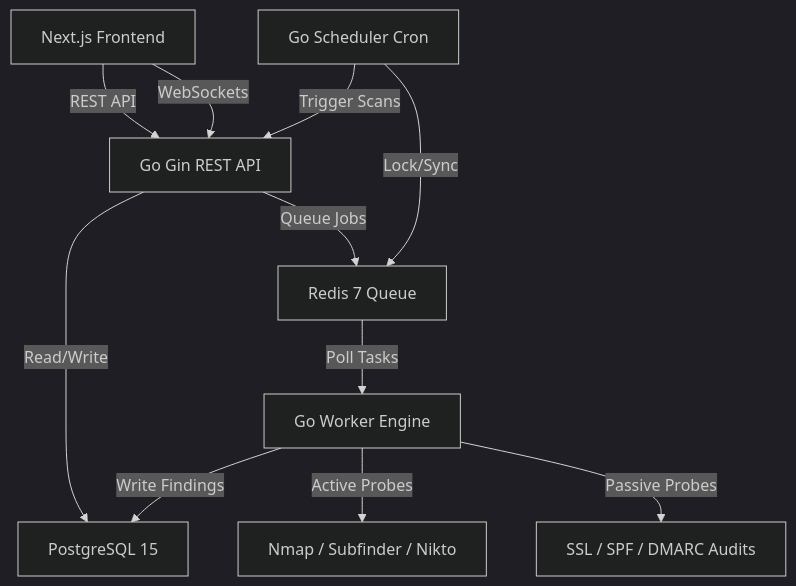
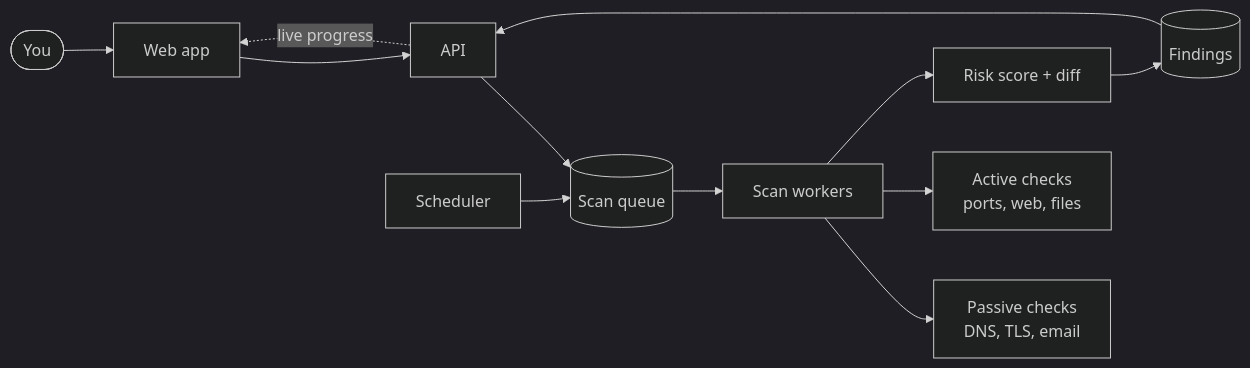
Before and after one commit to oktaybilge1/mangudai-overview: the diagram in README.md, drawn with Mermaid (dark theme). The commit also changed other lines of this file and 16 other files, not shown here.

````diff
--- a/README.md
+++ b/README.md
@@ -21,13 +70,14 @@
 ```mermaid
-graph TD
-    A[Next.js Frontend] -- REST API --> B[Go Gin REST API]
-    A -- WebSockets --> B
-    B -- Read/Write --> C[PostgreSQL 15]
-    B -- Queue Jobs --> D[Redis 7 Queue]
-    D -- Poll Tasks --> E[Go Worker Engine]
-    E -- Active Probes --> F[Nmap / Subfinder / Nikto]
-    E -- Passive Probes --> G[SSL / SPF / DMARC Audits]
-    E -- Write Findings --> C
-    H[Go Scheduler Cron] -- Lock/Sync --> D
-    H -- Trigger Scans --> B
+flowchart LR
+    U([You]) --> F[Web app]
+    F --> A[API]
+    A --> Q[(Scan queue)]
+    Q --> W[Scan workers]
+    W --> P1[Passive checks<br/>DNS, TLS, email]
+    W --> P2[Active checks<br/>ports, web, files]
+    W --> R[Risk score + diff]
+    R --> D[(Findings)]
+    D --> A
+    S[Scheduler] --> Q
+    A -. live progress .-> F
 ```
````
